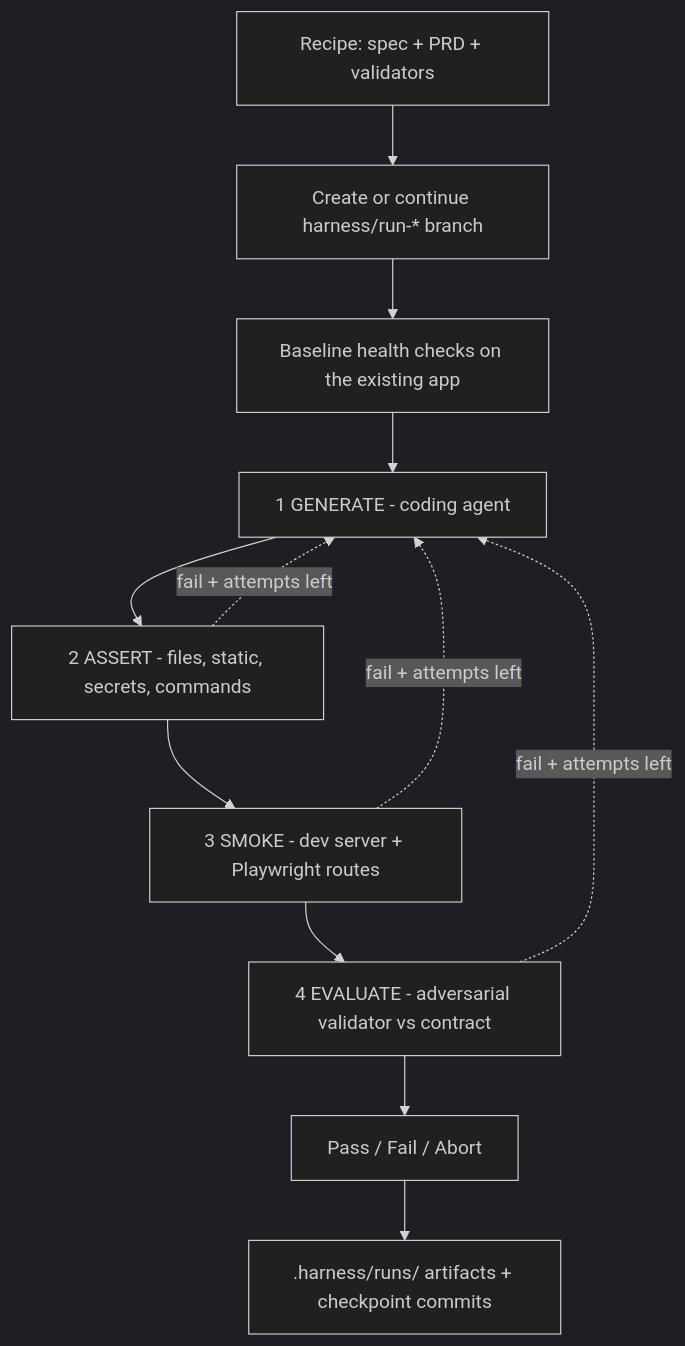
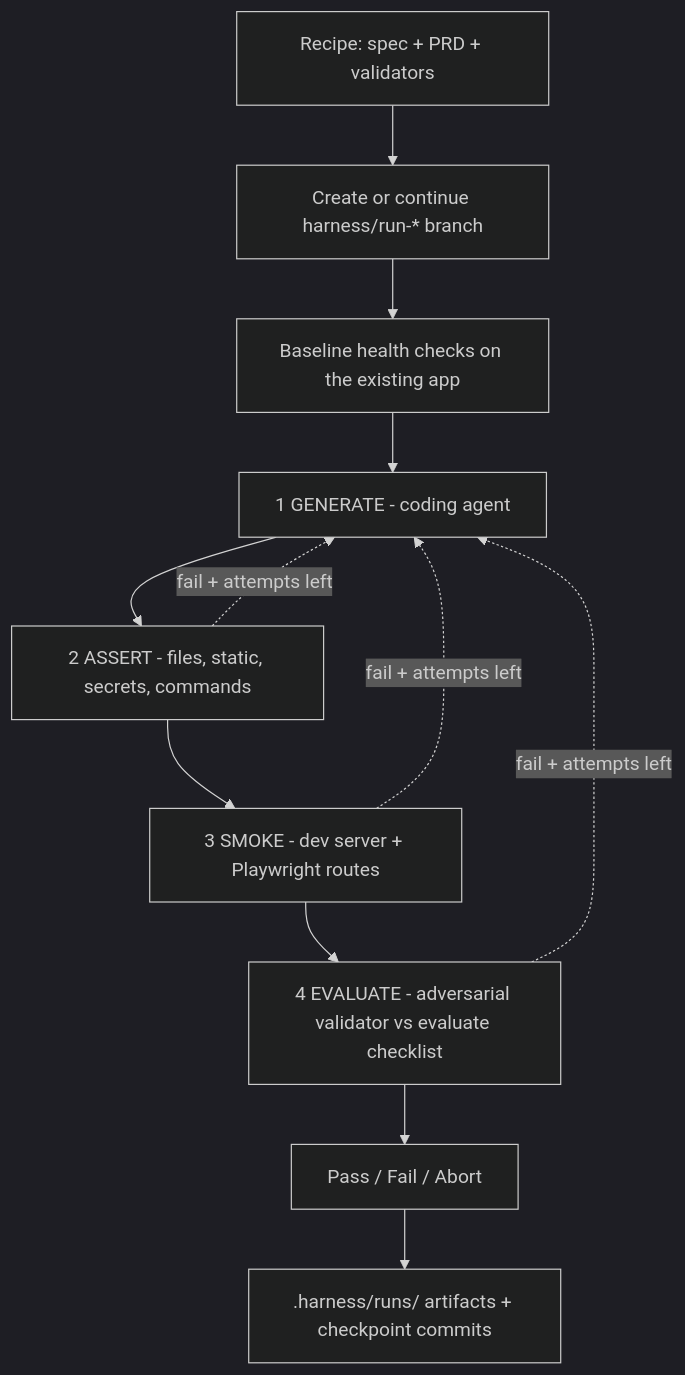
Before and after one commit to hedera-dev/hedera-harness: the diagram in README.md, drawn with Mermaid (dark theme). The commit also changed other lines of this file and 6 other files, not shown here.

````diff
--- a/README.md
+++ b/README.md
@@ -19,14 +19,14 @@
 ```mermaid
 flowchart TD
   inputs[Recipe: spec + PRD + validators] --> branch[Create or continue harness/run-* branch]
   branch --> baseline[Baseline health checks on the existing app]
   baseline --> generate[1 GENERATE - coding agent]
   generate --> assert[2 ASSERT - files, static, secrets, commands]
   assert --> smoke[3 SMOKE - dev server + Playwright routes]
-  smoke --> evaluate[4 EVALUATE - adversarial validator vs contract]
+  smoke --> evaluate[4 EVALUATE - adversarial validator vs evaluate checklist]
   evaluate --> outcome[Pass / Fail / Abort]
   outcome --> artifacts[.harness/runs/ artifacts + checkpoint commits]
   assert -.->|fail + attempts left| generate
   smoke -.->|fail + attempts left| generate
   evaluate -.->|fail + attempts left| generate
 ```
````
